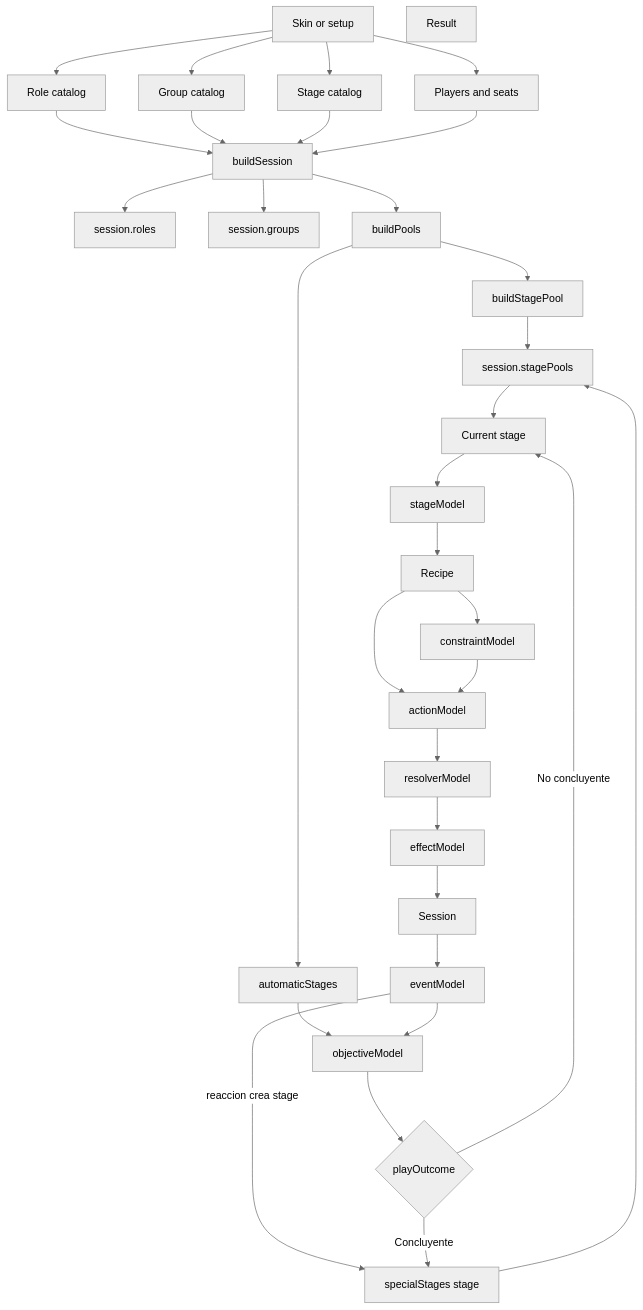
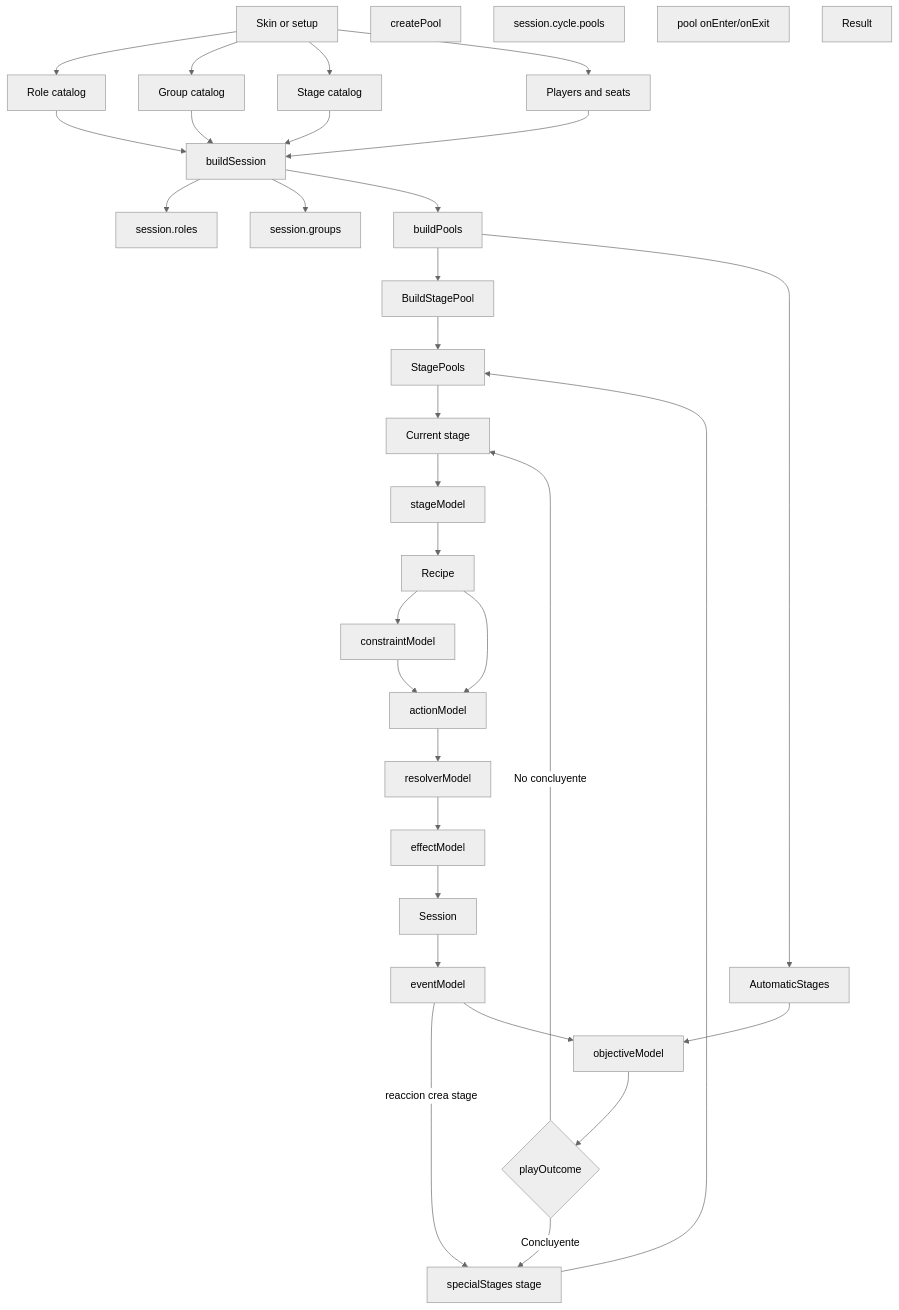
One commit to juanramonmorandeira/castronegro-director changed the first of 14 diagrams in docs/engine_flow_map.md. Above: the diagram before and after it, drawn with Mermaid (neutral theme). The commit also changed other lines of this file and 47 other files, not shown here.

````diff
--- a/docs/engine_flow_map.md
+++ b/docs/engine_flow_map.md
@@ -14,60 +14,60 @@
 ```mermaid
 flowchart TD
   Skin[Skin or setup]
   RoleCatalog[Role catalog]
   GroupCatalog[Group catalog]
   StageCatalog[Stage catalog]
   Players[Players and seats]
   BuildSession[buildSession]
   RoleStates[session.roles]
   GroupStates[session.groups]
   BuildPools[buildPools]
-  BuildStagePool[buildStagePool]
-  StagePools[session.stagePools]
-  AutomaticStages[automaticStages]
+  CreatePool[createPool]
+  CyclePools[session.cycle.pools]
+  PoolLifecycle[pool onEnter/onExit]
   CurrentStage[Current stage]
   StageModel[stageModel]
   Recipe[Recipe]
   Constraint[constraintModel]
   Action[actionModel]
   Resolver[resolverModel]
   Effect[effectModel]
   Session[Session]
   Objectives[objectiveModel]
   PlayOutcome{playOutcome}
   Event[eventModel]
   SpecialStage[specialStages stage]
   Result[Result]
 
   Skin --> RoleCatalog
   Skin --> GroupCatalog
   Skin --> StageCatalog
   Skin --> Players
   RoleCatalog --> BuildSession
   GroupCatalog --> BuildSession
   StageCatalog --> BuildSession
   Players --> BuildSession
   BuildSession --> RoleStates
   BuildSession --> GroupStates
   BuildSession --> BuildPools
   BuildPools --> BuildStagePool
   BuildStagePool --> StagePools
   BuildPools --> AutomaticStages
   AutomaticStages --> Objectives
   StagePools --> CurrentStage
   CurrentStage --> StageModel
   StageModel --> Recipe
   Recipe --> Constraint
   Recipe --> Action
   Constraint --> Action
   Action --> Resolver
   Resolver --> Effect
   Effect --> Session
   Session --> Event
   Event -->|reaccion crea stage| SpecialStage
   SpecialStage --> StagePools
   Event --> Objectives
   Objectives --> PlayOutcome
   PlayOutcome -->|No concluyente| CurrentStage
   PlayOutcome -->|Concluyente| SpecialStage
 ```
````
